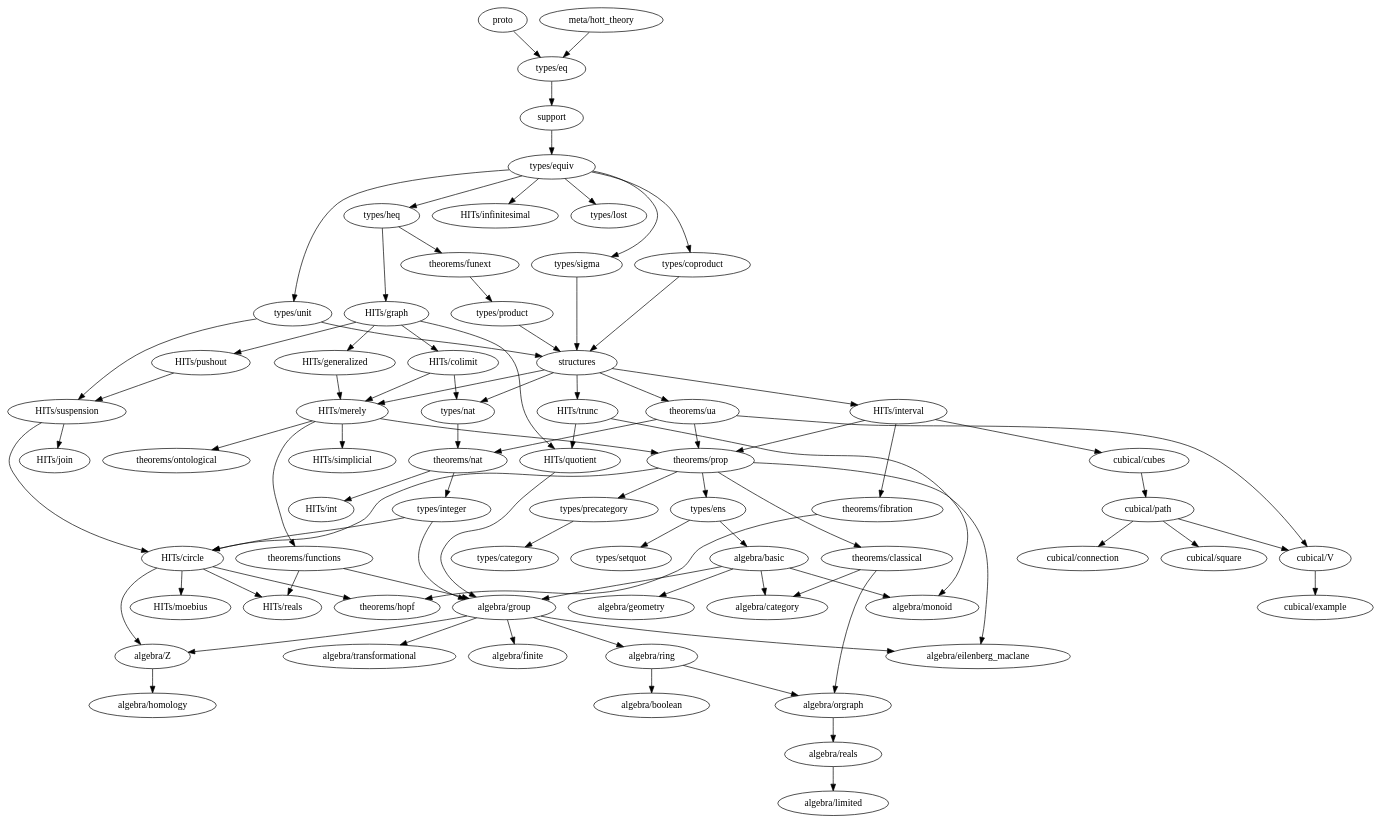
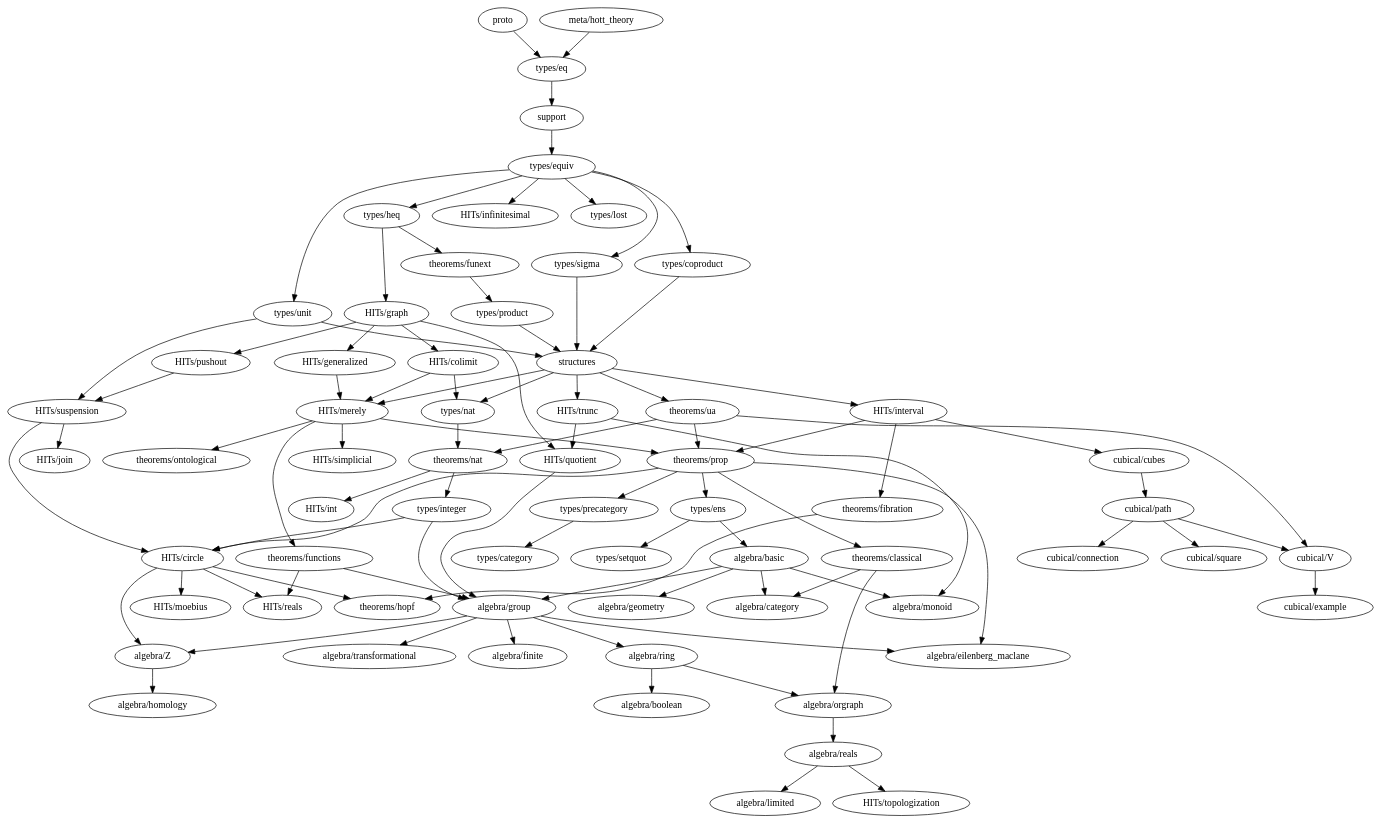
Before and after one commit to forked-from-1kasper/ground_zero: the diagram in dependency-map.gv, drawn with Graphviz. The commit also changed 2 other files, not shown here.

```diff
--- a/dependency-map.gv
+++ b/dependency-map.gv
@@ -1,139 +1,140 @@
 digraph dependency_map {
   proto -> "types/eq"
   "meta/hott_theory" -> "types/eq"
   support -> "types/equiv"
   structures -> {
     "HITs/interval",
     "HITs/merely",
     "HITs/trunc",
     "types/nat",
     "theorems/ua"
   }
 
   subgraph algebra {
     "algebra/basic" -> { "algebra/category", "algebra/monoid", "algebra/geometry", "algebra/group" }
     "algebra/boolean"
     "algebra/category"
     "algebra/eilenberg_maclane"
     "algebra/finite"
     "algebra/geometry"
     "algebra/group" -> {
       "algebra/eilenberg_maclane",
       "algebra/finite",
       "algebra/ring",
       "algebra/transformational",
       "algebra/Z"
     }
     "algebra/homology"
     "algebra/limited"
     "algebra/monoid"
     "algebra/orgraph" -> { "algebra/reals" }
-    "algebra/reals" -> { "algebra/limited" }
+    "algebra/reals" -> { "algebra/limited", "HITs/topologization" }
     "algebra/ring" -> { "algebra/boolean", "algebra/orgraph" }
     "algebra/transformational"
     "algebra/Z" -> { "algebra/homology" }
   }
 
   subgraph types {
     "types/category"
     "types/coproduct" -> { structures }
     "types/eq" -> { support }
     "types/ens" -> { "algebra/basic", "types/setquot" }
     "types/equiv" -> {
       "types/heq",
       "HITs/infinitesimal",
       "types/coproduct",
       "types/lost",
       "types/unit",
       "types/sigma"
     }
     "types/heq" -> {
       "HITs/graph", "theorems/funext"
     }
     "types/integer" -> {
       "algebra/group",
       "HITs/circle"
     }
     "types/lost"
     "types/nat" -> { "theorems/nat" }
     "types/precategory" -> { "types/category" }
     "types/product" -> { structures }
     "types/setquot"
     "types/sigma" -> { structures }
     "types/unit" -> { structures, "HITs/suspension" }
   }
 
   subgraph HITs {
     "HITs/circle" -> {
       "algebra/Z",
       "theorems/hopf",
       "HITs/moebius",
       "HITs/reals"
     }
     "HITs/colimit" -> { "HITs/merely", "types/nat" }
     "HITs/generalized" -> "HITs/merely"
     "HITs/graph" -> {
       "HITs/colimit",
       "HITs/generalized",
       "HITs/pushout",
       "HITs/quotient"
     }
     "HITs/infinitesimal"
     "HITs/interval" -> {
       "cubical/cubes",
       "theorems/prop",
       "theorems/fibration"
     }
     "HITs/join"
     "HITs/merely" -> {
       "theorems/ontological",
       "theorems/prop",
       "HITs/simplicial",
       "theorems/functions"
     }
     "HITs/moebius"
     "HITs/pushout" -> {
       "HITs/suspension"
     }
     "HITs/quotient" -> { "algebra/group" }
     "HITs/reals"
     "HITs/simplicial"
     "HITs/suspension" -> { "HITs/circle", "HITs/join" }
+    "HITs/topologization"
     "HITs/trunc" -> { "algebra/monoid", "HITs/quotient" }
   }
 
   subgraph cubical {
     "cubical/connection"
     "cubical/cubes" -> "cubical/path"
     "cubical/example"
     "cubical/path" -> {
       "cubical/square",
       "cubical/V",
       "cubical/connection"
     }
     "cubical/square"
     "cubical/V" -> { "cubical/example" }
   }
 
   subgraph theorems {
     "theorems/classical" -> { "algebra/category", "algebra/orgraph" }
     "theorems/fibration" -> { "theorems/hopf" }
     "theorems/functions" -> { "HITs/reals", "algebra/group" }
     "theorems/funext" -> { "types/product" }
     "theorems/hopf"
     "theorems/ontological"
     "theorems/nat" -> { "HITs/int", "types/integer" }
     "theorems/prop" -> {
       "algebra/eilenberg_maclane",
       "HITs/circle",
       "types/ens",
       "types/precategory",
       "theorems/classical"
     }
     "theorems/ua" -> {
       "theorems/nat",
       "theorems/prop",
       "cubical/V"
     }
   }
 }
```
